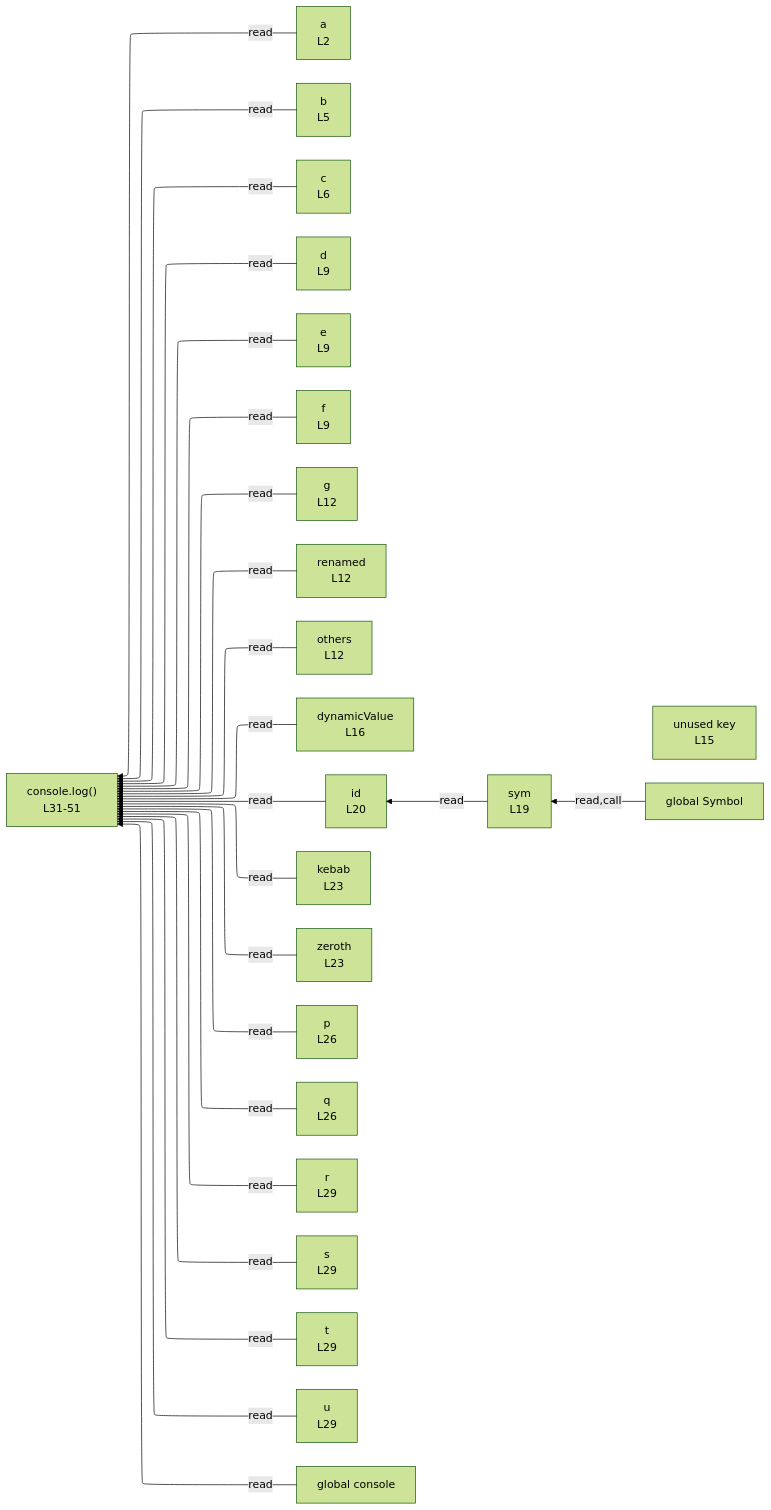
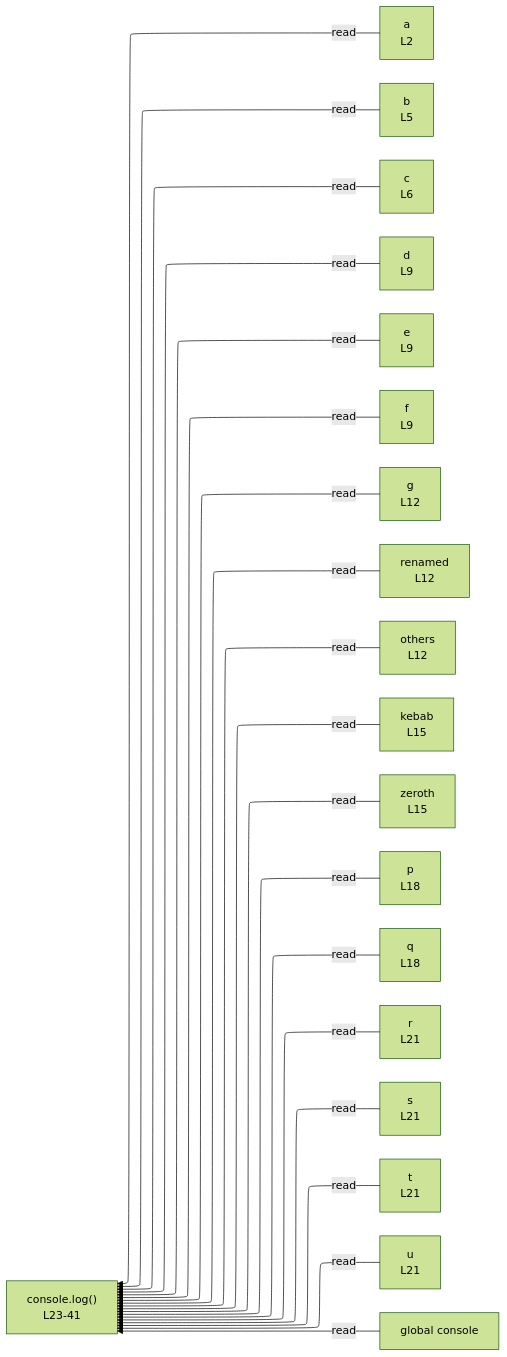
Before and after one commit to crescware/unsnarl: the diagram in integration/fixtures/const-binding-patterns/preview.md, drawn with Mermaid (forest theme). The commit also changed other lines of this file and 5 other files, not shown here.

````diff
--- a/integration/fixtures/const-binding-patterns/preview.md
+++ b/integration/fixtures/const-binding-patterns/preview.md
@@ -61,50 +51,41 @@
 ```mermaid
 %%{init: {"flowchart": {"defaultRenderer": "elk"}}}%%
 flowchart RL
   n_scope_0_a_15["a<br/>L2"]
   n_scope_0_b_53["b<br/>L5"]
   n_scope_0_c_62["c<br/>L6"]
   n_scope_0_d_118["d<br/>L9"]
   n_scope_0_e_129["e<br/>L9"]
   n_scope_0_f_135["f<br/>L9"]
   n_scope_0_g_209["g<br/>L12"]
   n_scope_0_renamed_215["renamed<br/>L12"]
   n_scope_0_others_233["others<br/>L12"]
-  n_scope_0_key_307["unused key<br/>L15"]
-  n_scope_0_dynamicValue_339["dynamicValue<br/>L16"]
-  n_scope_0_sym_434["sym<br/>L19"]
-  n_scope_0_id_469["id<br/>L20"]
-  n_scope_0_kebab_561["kebab<br/>L23"]
-  n_scope_0_zeroth_571["zeroth<br/>L23"]
-  n_scope_0_p_671["p<br/>L26"]
-  n_scope_0_q_678["q<br/>L26"]
-  n_scope_0_r_754["r<br/>L29"]
-  n_scope_0_s_757["s<br/>L29"]
-  n_scope_0_t_767["t<br/>L29"]
-  n_scope_0_u_770["u<br/>L29"]
-  n_scope_0_Symbol_440["global Symbol"]
-  n_scope_0_console_803["global console"]
-  n_scope_0_Symbol_440 -->|read,call| n_scope_0_sym_434
-  n_scope_0_sym_434 -->|read| n_scope_0_id_469
-  n_scope_0_console_803 -->|read| expr_stmt_803
-  n_scope_0_a_15 -->|read| expr_stmt_803
-  n_scope_0_b_53 -->|read| expr_stmt_803
-  n_scope_0_c_62 -->|read| expr_stmt_803
-  n_scope_0_d_118 -->|read| expr_stmt_803
-  n_scope_0_e_129 -->|read| expr_stmt_803
-  n_scope_0_f_135 -->|read| expr_stmt_803
-  n_scope_0_g_209 -->|read| expr_stmt_803
-  n_scope_0_renamed_215 -->|read| expr_stmt_803
-  n_scope_0_others_233 -->|read| expr_stmt_803
-  n_scope_0_dynamicValue_339 -->|read| expr_stmt_803
-  n_scope_0_id_469 -->|read| expr_stmt_803
-  n_scope_0_kebab_561 -->|read| expr_stmt_803
-  n_scope_0_zeroth_571 -->|read| expr_stmt_803
-  n_scope_0_p_671 -->|read| expr_stmt_803
-  n_scope_0_q_678 -->|read| expr_stmt_803
-  n_scope_0_r_754 -->|read| expr_stmt_803
-  n_scope_0_s_757 -->|read| expr_stmt_803
-  n_scope_0_t_767 -->|read| expr_stmt_803
-  n_scope_0_u_770 -->|read| expr_stmt_803
-  expr_stmt_803["console.log()<br/>L31-51"]
+  n_scope_0_kebab_329["kebab<br/>L15"]
+  n_scope_0_zeroth_339["zeroth<br/>L15"]
+  n_scope_0_p_439["p<br/>L18"]
+  n_scope_0_q_446["q<br/>L18"]
+  n_scope_0_r_522["r<br/>L21"]
+  n_scope_0_s_525["s<br/>L21"]
+  n_scope_0_t_535["t<br/>L21"]
+  n_scope_0_u_538["u<br/>L21"]
+  n_scope_0_console_571["global console"]
+  n_scope_0_console_571 -->|read| expr_stmt_571
+  n_scope_0_a_15 -->|read| expr_stmt_571
+  n_scope_0_b_53 -->|read| expr_stmt_571
+  n_scope_0_c_62 -->|read| expr_stmt_571
+  n_scope_0_d_118 -->|read| expr_stmt_571
+  n_scope_0_e_129 -->|read| expr_stmt_571
+  n_scope_0_f_135 -->|read| expr_stmt_571
+  n_scope_0_g_209 -->|read| expr_stmt_571
+  n_scope_0_renamed_215 -->|read| expr_stmt_571
+  n_scope_0_others_233 -->|read| expr_stmt_571
+  n_scope_0_kebab_329 -->|read| expr_stmt_571
+  n_scope_0_zeroth_339 -->|read| expr_stmt_571
+  n_scope_0_p_439 -->|read| expr_stmt_571
+  n_scope_0_q_446 -->|read| expr_stmt_571
+  n_scope_0_r_522 -->|read| expr_stmt_571
+  n_scope_0_s_525 -->|read| expr_stmt_571
+  n_scope_0_t_535 -->|read| expr_stmt_571
+  n_scope_0_u_538 -->|read| expr_stmt_571
+  expr_stmt_571["console.log()<br/>L23-41"]
 ```
````
